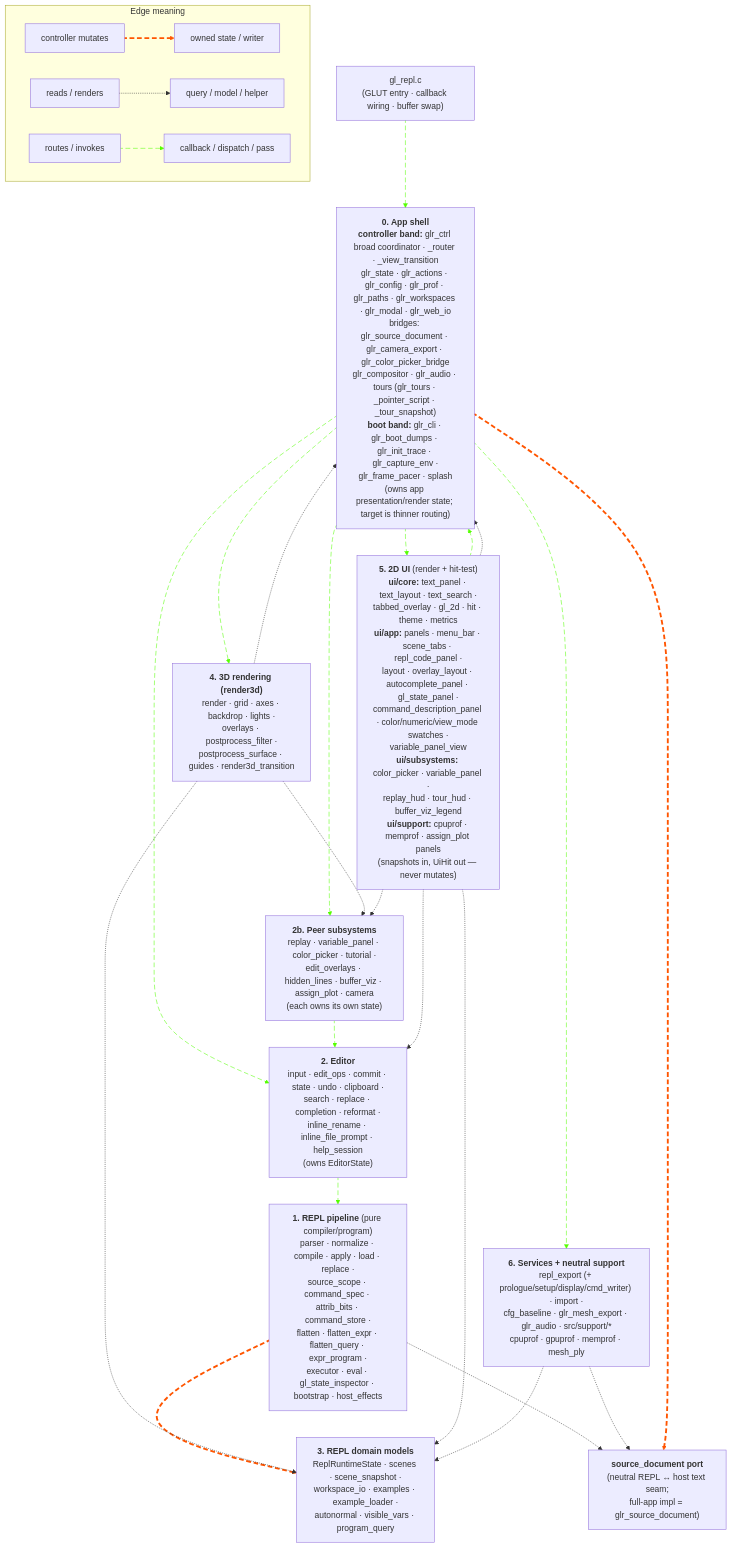
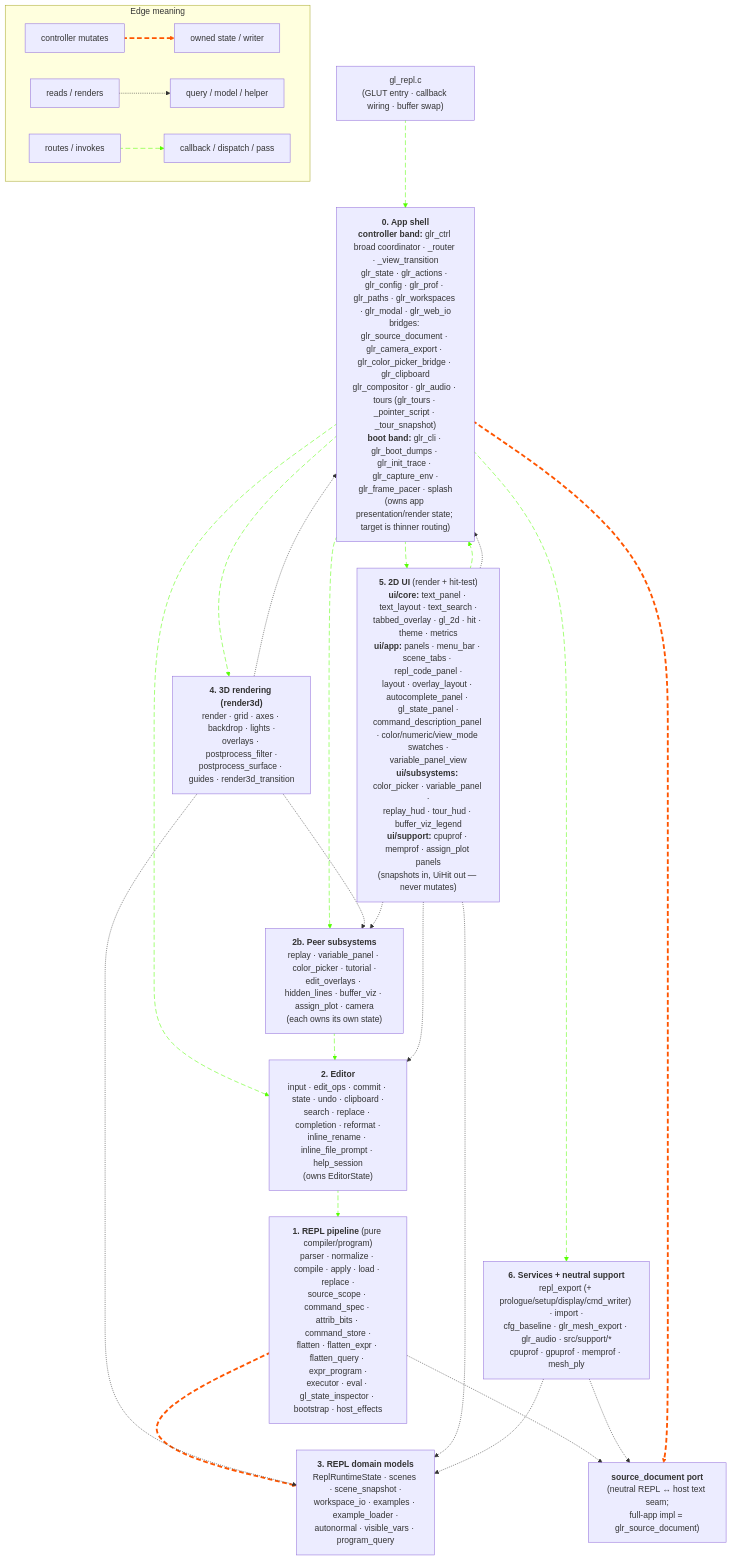
One commit to drewwoods/gl-repl changed the first of 2 diagrams in docs/MODULES.md. Above: the diagram before and after it, drawn with Mermaid. The commit also changed other lines of this file and 18 other files, not shown here.

````diff
--- a/docs/MODULES.md
+++ b/docs/MODULES.md
@@ -731,79 +732,79 @@
 ```mermaid
 flowchart TB
     subgraph legend["Edge meaning"]
         lmut_a["controller mutates"] e1@==> lmut_b["owned state / writer"]
         lread_a["reads / renders"] -.-> lread_b["query / model / helper"]
         lflow_a["routes / invokes"] i1@--> lflow_b["callback / dispatch / pass"]
     end
 
     gl_repl["gl_repl.c<br/>(GLUT entry · callback wiring · buffer swap)"]
 
-    app["<b>0. App shell</b><br/><b>controller band:</b> glr_ctrl broad coordinator · _router · _view_transition<br/>glr_state · glr_actions · glr_config · glr_prof · glr_paths · glr_workspaces · glr_modal · glr_web_io<br/>bridges: glr_source_document · glr_camera_export · glr_color_picker_bridge<br/>glr_compositor · glr_audio · tours (glr_tours · _pointer_script · _tour_snapshot)<br/><b>boot band:</b> glr_cli · glr_boot_dumps · glr_init_trace · glr_capture_env ·<br/>glr_frame_pacer · splash<br/>(owns app presentation/render state; target is thinner routing)"]
+    app["<b>0. App shell</b><br/><b>controller band:</b> glr_ctrl broad coordinator · _router · _view_transition<br/>glr_state · glr_actions · glr_config · glr_prof · glr_paths · glr_workspaces · glr_modal · glr_web_io<br/>bridges: glr_source_document · glr_camera_export · glr_color_picker_bridge · glr_clipboard<br/>glr_compositor · glr_audio · tours (glr_tours · _pointer_script · _tour_snapshot)<br/><b>boot band:</b> glr_cli · glr_boot_dumps · glr_init_trace · glr_capture_env ·<br/>glr_frame_pacer · splash<br/>(owns app presentation/render state; target is thinner routing)"]
 
     editor["<b>2. Editor</b><br/>input · edit_ops · commit · state · undo · clipboard ·<br/>search · replace · completion · reformat ·<br/>inline_rename · inline_file_prompt · help_session<br/>(owns EditorState)"]
 
     peers["<b>2b. Peer subsystems</b><br/>replay · variable_panel · color_picker · tutorial ·<br/>edit_overlays · hidden_lines · buffer_viz · assign_plot · camera<br/>(each owns its own state)"]
 
     repl["<b>1. REPL pipeline</b> (pure compiler/program)<br/>parser · normalize · compile · apply · load · replace ·<br/>source_scope · command_spec · attrib_bits · command_store ·<br/>flatten · flatten_expr · flatten_query · expr_program ·<br/>executor · eval · gl_state_inspector · bootstrap · host_effects"]
 
     models["<b>3. REPL domain models</b><br/>ReplRuntimeState · scenes · scene_snapshot ·<br/>workspace_io · examples · example_loader ·<br/>autonormal · visible_vars · program_query"]
 
     srcdoc["<b>source_document port</b><br/>(neutral REPL ↔ host text seam;<br/>full-app impl = glr_source_document)"]
 
     ui["<b>5. 2D UI</b> (render + hit-test)<br/><b>ui/core:</b> text_panel · text_layout · text_search ·<br/>tabbed_overlay · gl_2d · hit · theme · metrics<br/><b>ui/app:</b> panels · menu_bar · scene_tabs · repl_code_panel ·<br/>layout · overlay_layout · autocomplete_panel · gl_state_panel ·<br/>command_description_panel · color/numeric/view_mode swatches ·<br/>variable_panel_view<br/><b>ui/subsystems:</b> color_picker · variable_panel ·<br/>replay_hud · tour_hud · buffer_viz_legend<br/><b>ui/support:</b> cpuprof · memprof · assign_plot panels<br/>(snapshots in, UiHit out — never mutates)"]
 
     render3d["<b>4. 3D rendering (render3d)</b><br/>render · grid · axes · backdrop · lights ·<br/>overlays · postprocess_filter ·<br/>postprocess_surface · guides · render3d_transition"]
 
     services["<b>6. Services + neutral support</b><br/>repl_export (+ prologue/setup/display/cmd_writer) · import ·<br/>cfg_baseline · glr_mesh_export · glr_audio · src/support/*<br/>cpuprof · gpuprof · memprof · mesh_ply"]
 
     %% Raw input flow: gl_repl.c hands GLUT events to the app shell. UI
     %% hit-tests are passive — they compute a UiHit and hand it back to
     %% the controller for dispatch.
     gl_repl i2@--> app
     ui i3@--> app
 
     %% App shell routes raw input to the owning subsystem, drives the
     %% frame, and calls UI/render3d/services.
     app i4@--> editor
     app i5@--> peers
     app i6@--> render3d
     app i7@--> ui
     app i8@--> services
 
     %% Editor commit is the only path crossing INTO the REPL pipeline.
     %% REPL apply / command_store mutates the program model.
     editor i9@--> repl
     repl e2@==> models
 
     %% Peers write back through the editor (color_picker rewrites a
     %% source line via editor_commit_apply_external_change; the
     %% variable_panel drag rewrites a numeric token the same way).
     peers i10@--> editor
 
     %% Source-document port: REPL pipeline reads/writes source text
     %% through the neutral port, and services read source through it
     %% too. The full-app adapter (app layer) delegates writes to the
     %% editor buffer — editor stays the single underlying writer.
     repl -.-> srcdoc
     services -.-> srcdoc
     app e3@==> srcdoc
 
     %% Render is read-only: render3d and UI consume snapshots of program /
     %% editor / peer / app state. They never mutate.
     render3d -.-> models
     render3d -.-> peers
     render3d -.-> app
     ui -.-> editor
     ui -.-> models
     ui -.-> peers
     ui -.-> app
 
     %% Services read program and editor state to persist/replay.
     services -.-> models
 
     classDef animateE stroke:#f50,stroke-dasharray: 9\,5,stroke-dashoffset: 900,animation: dash 90s linear infinite;
     classDef animateF stroke:#5f0,stroke-dasharray: 9\,5,stroke-dashoffset: 900,animation: dash 90s linear infinite;
 
     class e1,e2,e3 animateE
     class i1,i2,i3,i4,i5,i6,i7,i8,i9,i10 animateF
 ```
````
